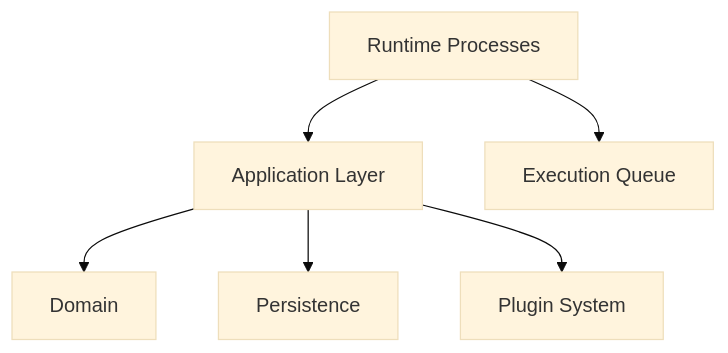
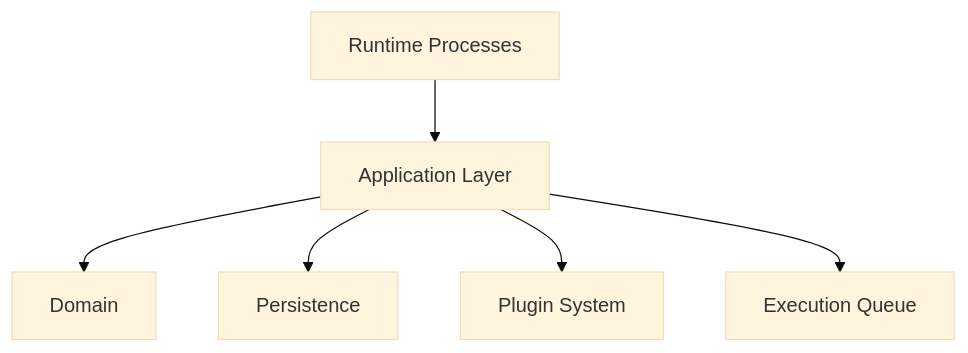
The first of 3 diagrams in docs/architecture/application.md (Devin8407/Automation-Platform), drawn with Mermaid (base theme) before and after one commit. The commit also changed other lines of this file and 22 other files, not shown here.

````diff
--- a/docs/architecture/application.md
+++ b/docs/architecture/application.md
@@ -27,18 +28,17 @@
 ```mermaid
 flowchart TD
 
     Runtime["Runtime Processes"]
     Application["Application Layer"]
     Domain["Domain"]
     Persistence["Persistence"]
     Plugins["Plugin System"]
     Queue["Execution Queue"]
 
     Runtime --> Application
 
     Application --> Domain
     Application --> Persistence
     Application --> Plugins
-
-    Runtime --> Queue
+    Application --> Queue
 ```
````
